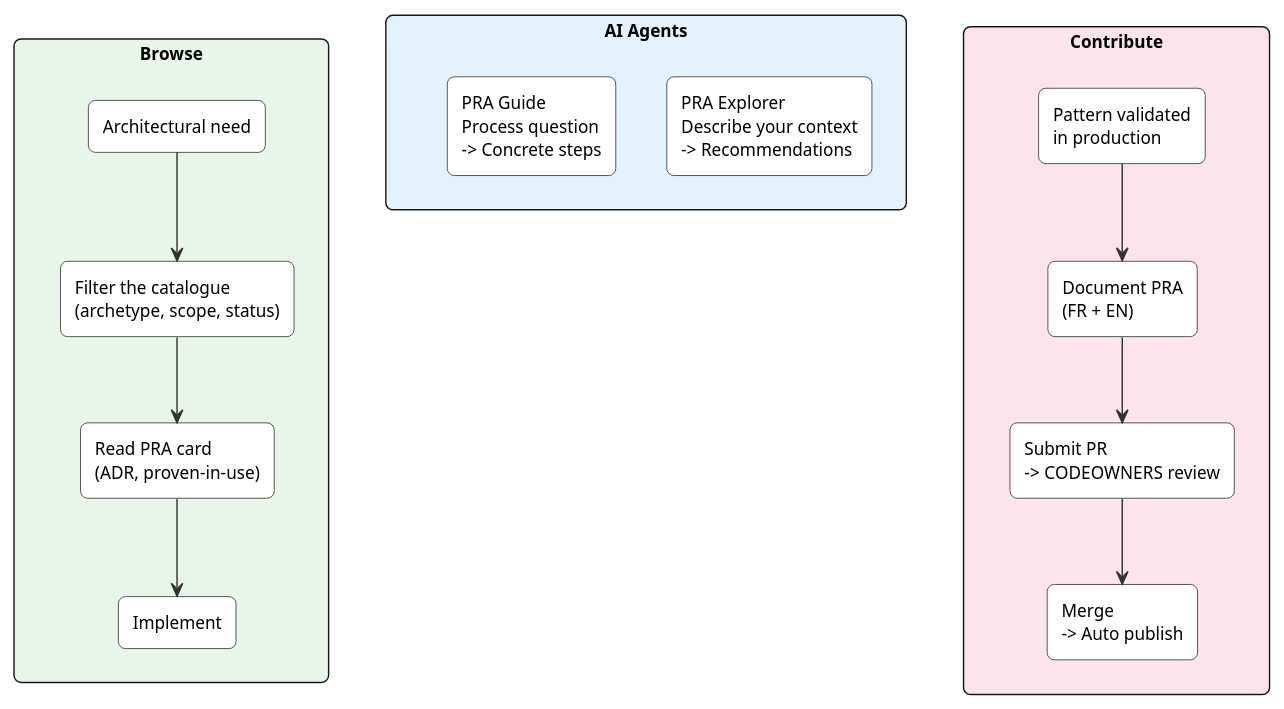
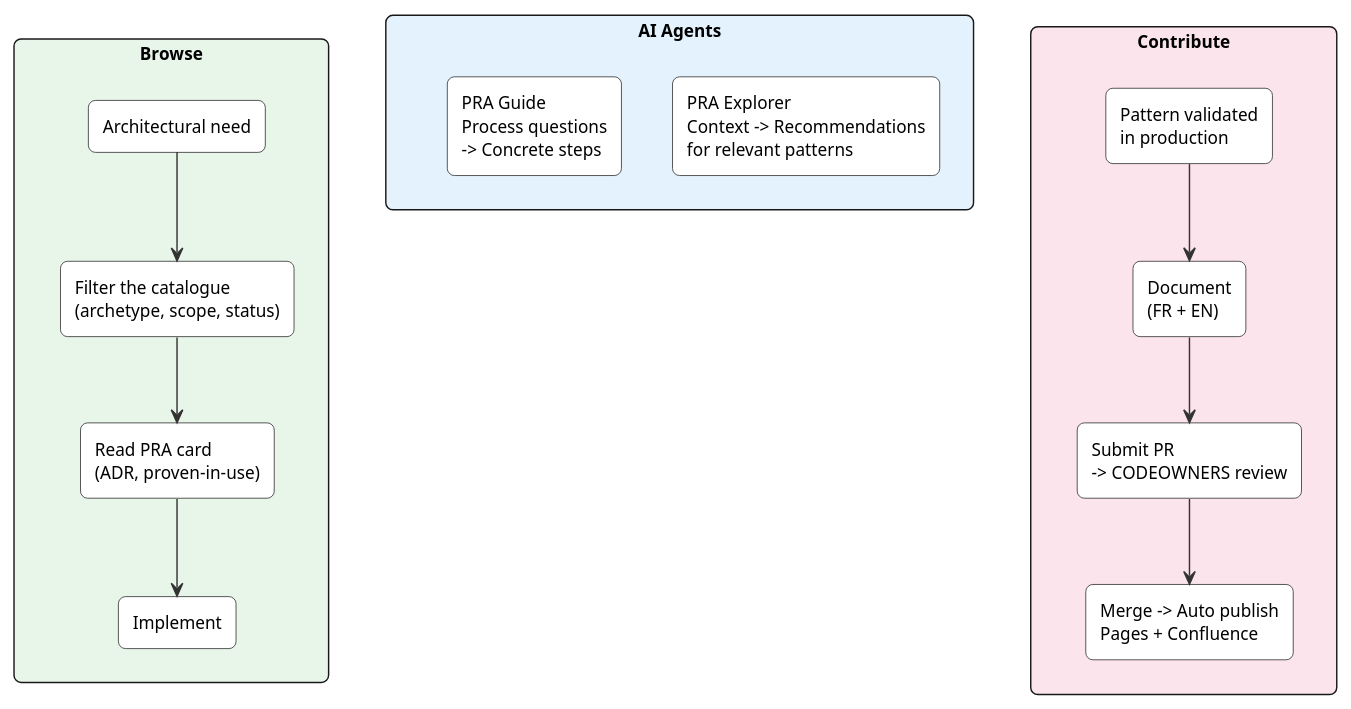
Before and after one commit to KiyaliHQ/proven-reusable-architecture: the second of 6 diagrams in content/pras/en/overview.adoc, drawn with PlantUML. The commit also changed other lines of this file and 2 other files, not shown here.

```diff
--- a/content/pras/en/overview.adoc
+++ b/content/pras/en/overview.adoc
@@ -55,39 +67,38 @@
 [plantuml]
 ----
 @startuml
 skinparam backgroundColor transparent
-skinparam defaultFontName "Segoe UI"
 skinparam defaultFontSize 12
 skinparam shadowing false
 skinparam roundCorner 10
 skinparam ArrowColor #333333
 
 rectangle "Browse" as c1 #e8f5e9 {
   rectangle "Architectural need" as c1a #ffffff
   rectangle "Filter the catalogue\n(archetype, scope, status)" as c1b #ffffff
   rectangle "Read PRA card\n(ADR, proven-in-use)" as c1c #ffffff
   rectangle "Implement" as c1d #ffffff
   c1a -down-> c1b
   c1b -down-> c1c
   c1c -down-> c1d
 }
 
 rectangle "AI Agents" as c2 #e3f2fd {
-  rectangle "PRA Explorer\nDescribe your context\n-> Recommendations" as c2a #ffffff
-  rectangle "PRA Guide\nProcess question\n-> Concrete steps" as c2b #ffffff
+  rectangle "PRA Explorer\nContext -> Recommendations\nfor relevant patterns" as c2a #ffffff
+  rectangle "PRA Guide\nProcess questions\n-> Concrete steps" as c2b #ffffff
 }
 
 rectangle "Contribute" as c3 #fce4ec {
   rectangle "Pattern validated\nin production" as c3a #ffffff
-  rectangle "Document PRA\n(FR + EN)" as c3b #ffffff
+  rectangle "Document\n(FR + EN)" as c3b #ffffff
   rectangle "Submit PR\n-> CODEOWNERS review" as c3c #ffffff
-  rectangle "Merge\n-> Auto publish" as c3d #ffffff
+  rectangle "Merge -> Auto publish\nPages + Confluence" as c3d #ffffff
   c3a -down-> c3b
   c3b -down-> c3c
   c3c -down-> c3d
 }
 
 c1 -[hidden]right-> c2
 c2 -[hidden]right-> c3
 @enduml
 ----
```
